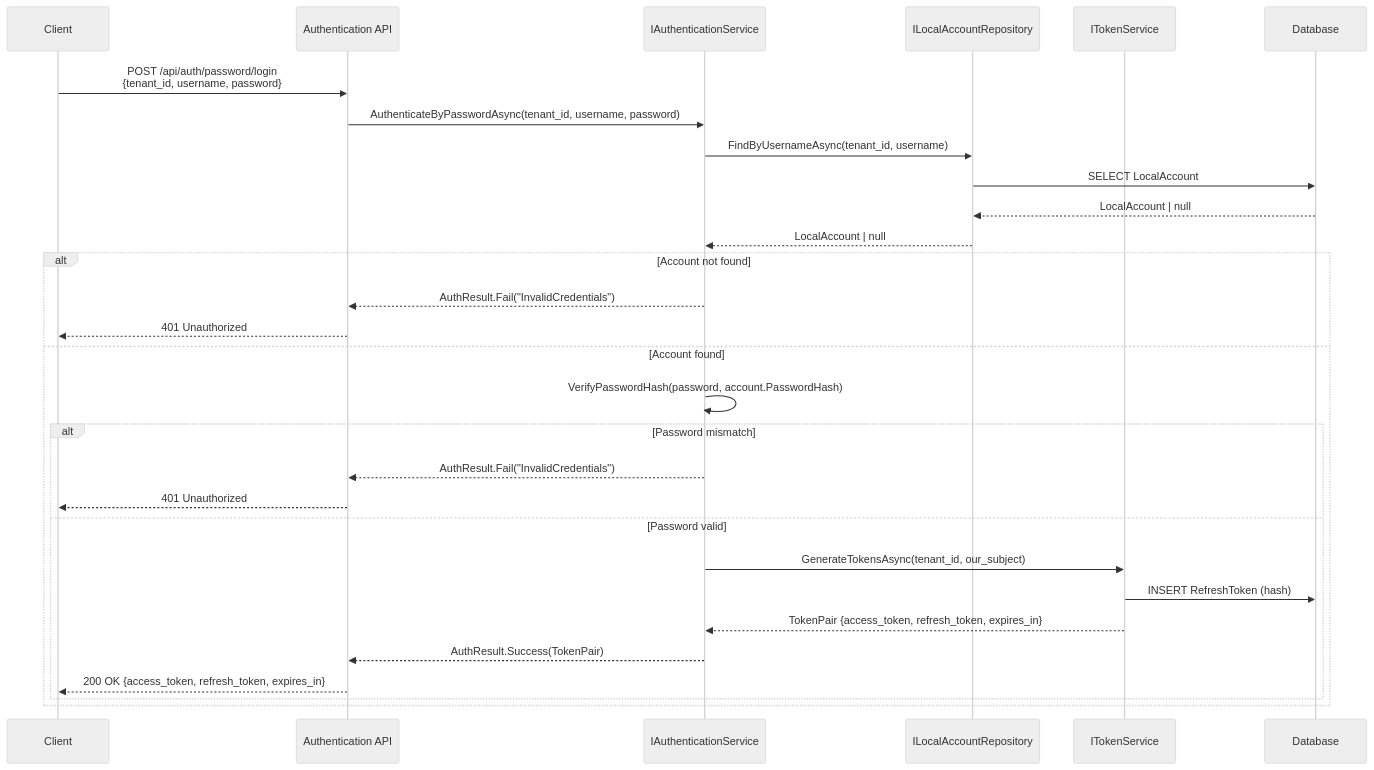
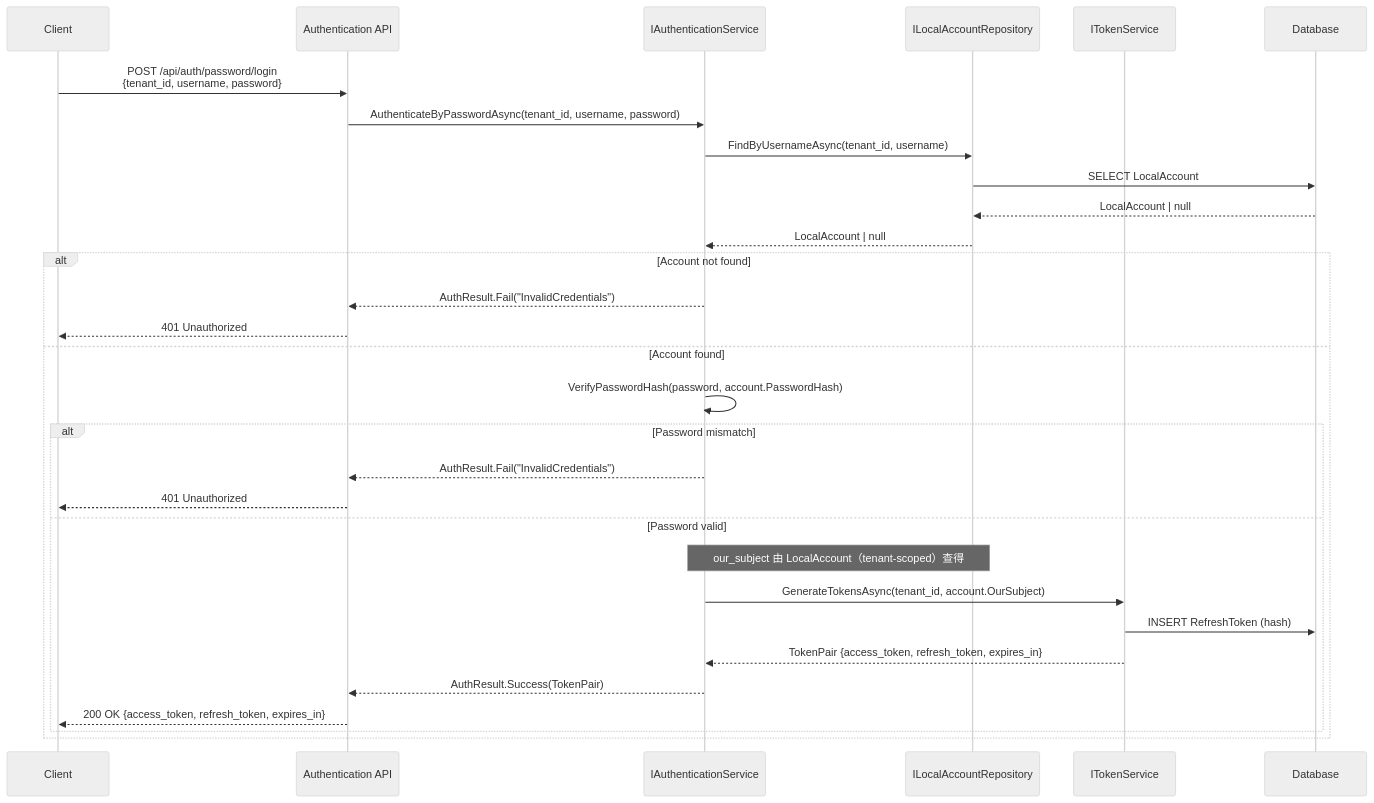
One commit to Bird73/Service changed the first of 10 diagrams in docs/SequenceDiagrams.md. Above: the diagram before and after it, drawn with Mermaid (neutral theme). The commit also changed other lines of this file and 2 other files, not shown here.

Commit message:
Fix sequence diagrams (PKCE/nonce, authz claims) and add denylist abstraction

````diff
--- a/docs/SequenceDiagrams.md
+++ b/docs/SequenceDiagrams.md
@@ -9,33 +9,34 @@
 ```mermaid
 sequenceDiagram
     participant C as Client
     participant API as Authentication API
     participant AS as IAuthenticationService
     participant LA as ILocalAccountRepository
     participant TS as ITokenService
     participant DB as Database
 
     C->>API: POST /api/auth/password/login<br/>{tenant_id, username, password}
     API->>AS: AuthenticateByPasswordAsync(tenant_id, username, password)
     AS->>LA: FindByUsernameAsync(tenant_id, username)
     LA->>DB: SELECT LocalAccount
     DB-->>LA: LocalAccount | null
     LA-->>AS: LocalAccount | null
 
     alt Account not found
         AS-->>API: AuthResult.Fail("InvalidCredentials")
         API-->>C: 401 Unauthorized
     else Account found
         AS->>AS: VerifyPasswordHash(password, account.PasswordHash)
         alt Password mismatch
             AS-->>API: AuthResult.Fail("InvalidCredentials")
             API-->>C: 401 Unauthorized
         else Password valid
-            AS->>TS: GenerateTokensAsync(tenant_id, our_subject)
+            note over AS,LA: our_subject 由 LocalAccount（tenant-scoped）查得
+            AS->>TS: GenerateTokensAsync(tenant_id, account.OurSubject)
             TS->>DB: INSERT RefreshToken (hash)
             TS-->>AS: TokenPair {access_token, refresh_token, expires_in}
             AS-->>API: AuthResult.Success(TokenPair)
             API-->>C: 200 OK {access_token, refresh_token, expires_in}
         end
     end
 ```
````
